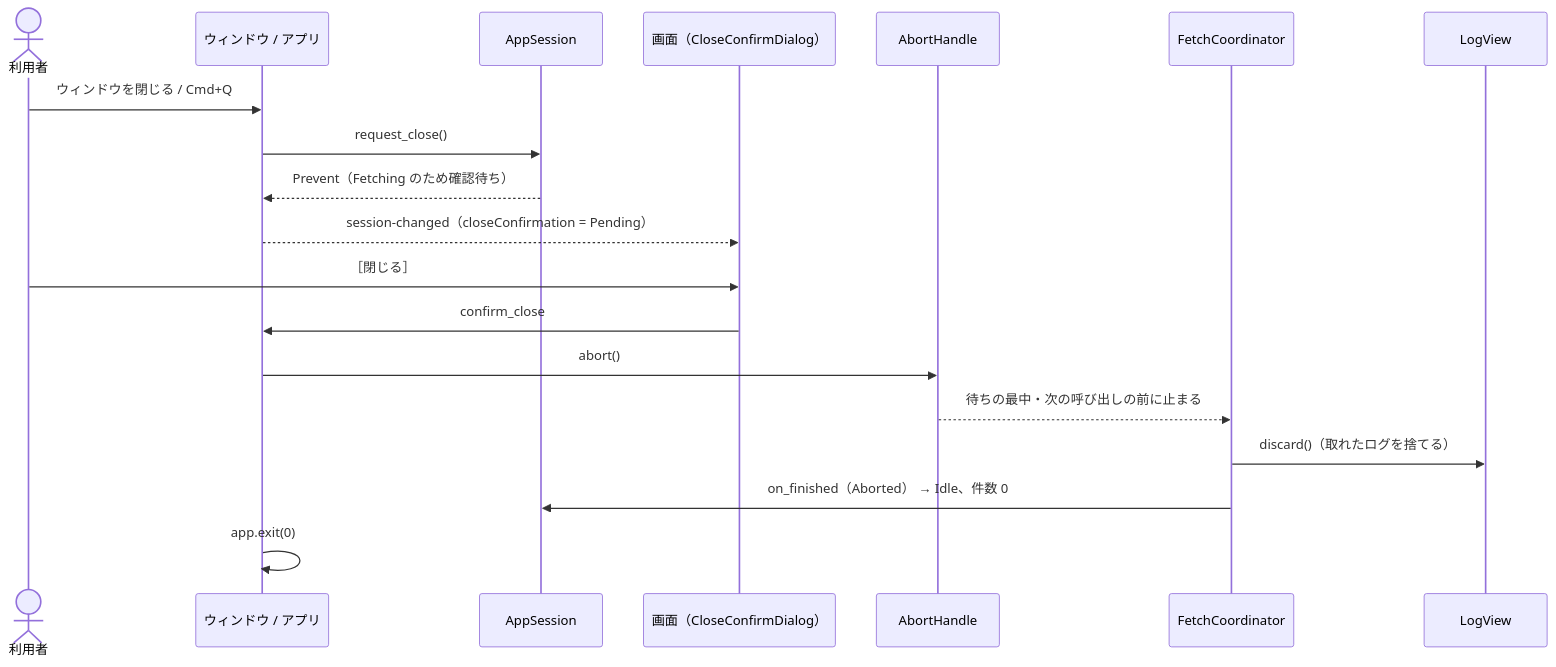
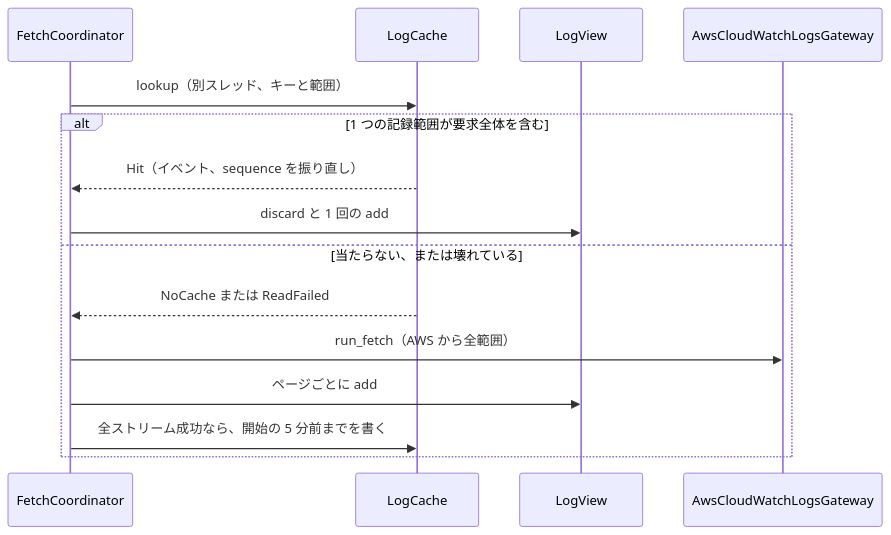
One commit to kdnakt/local-sights changed the fourth of 4 diagrams in aidlc/spaces/default/codekb/local-sights/architecture.md. Above: the diagram before and after it, drawn with Mermaid. The commit also changed other lines of this file and 209 other files, not shown here.

````diff
--- a/aidlc/spaces/default/codekb/local-sights/architecture.md
+++ b/aidlc/spaces/default/codekb/local-sights/architecture.md
@@ -229,22 +194,17 @@
 ```mermaid
 sequenceDiagram
-  actor User as 利用者
-  participant W as ウィンドウ / アプリ
-  participant S as AppSession
-  participant UI as 画面（CloseConfirmDialog）
-  participant A as AbortHandle
   participant C as FetchCoordinator
+  participant K as LogCache
   participant V as LogView
-
-  User->>W: ウィンドウを閉じる / Cmd+Q
-  W->>S: request_close()
-  S-->>W: Prevent（Fetching のため確認待ち）
-  W-->>UI: session-changed（closeConfirmation = Pending）
-  User->>UI: ［閉じる］
-  UI->>W: confirm_close
-  W->>A: abort()
-  A-->>C: 待ちの最中・次の呼び出しの前に止まる
-  C->>V: discard()（取れたログを捨てる）
-  C->>S: on_finished（Aborted） → Idle、件数 0
-  W->>W: app.exit(0)
+  participant G as AwsCloudWatchLogsGateway
+  C->>K: lookup（別スレッド、キーと範囲）
+  alt 1 つの記録範囲が要求全体を含む
+    K-->>C: Hit（イベント、sequence を振り直し）
+    C->>V: discard と 1 回の add
+  else 当たらない、または壊れている
+    K-->>C: NoCache または ReadFailed
+    C->>G: run_fetch（AWS から全範囲）
+    C->>V: ページごとに add
+    C->>K: 全ストリーム成功なら、開始の 5 分前までを書く
+  end
 ```
````
